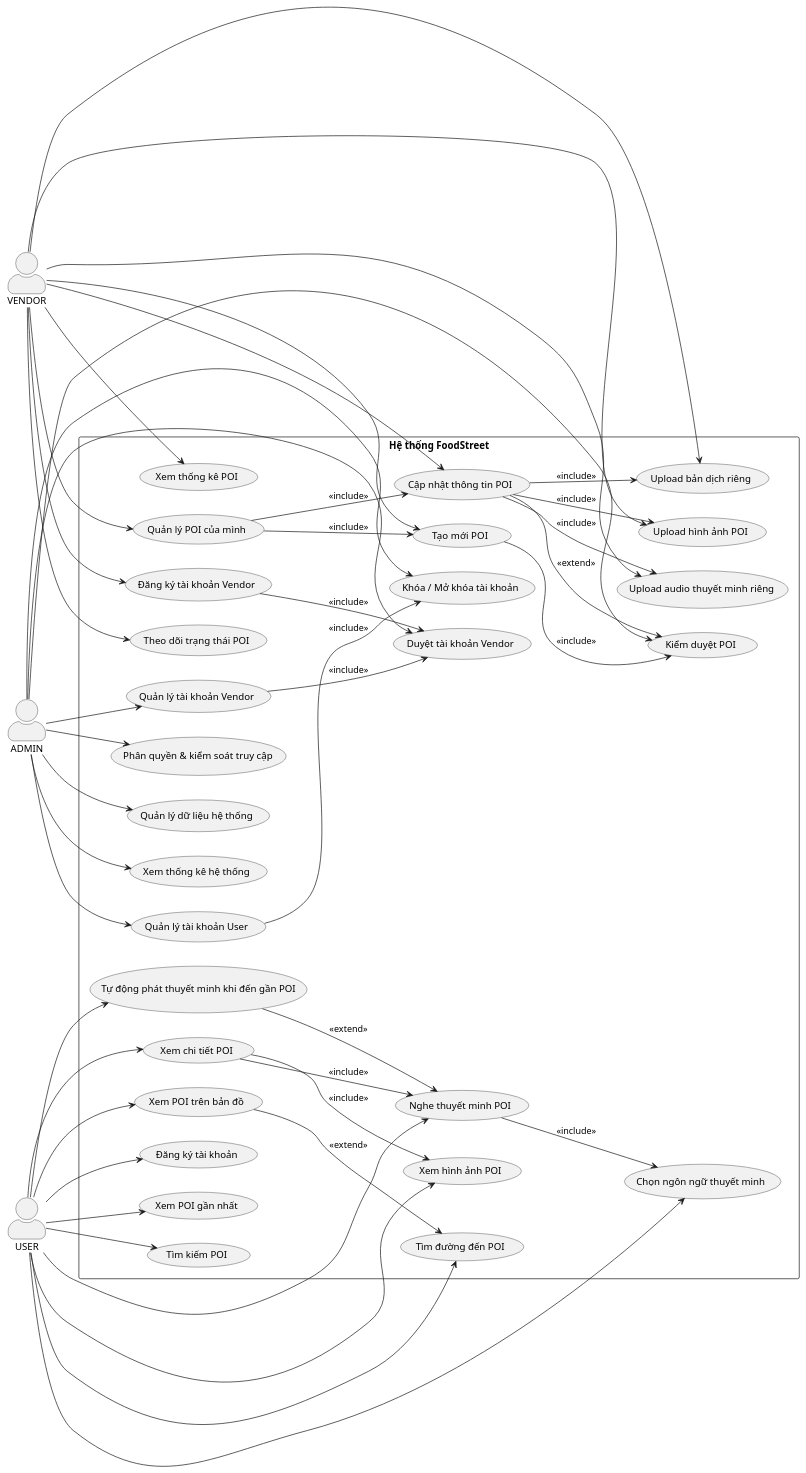
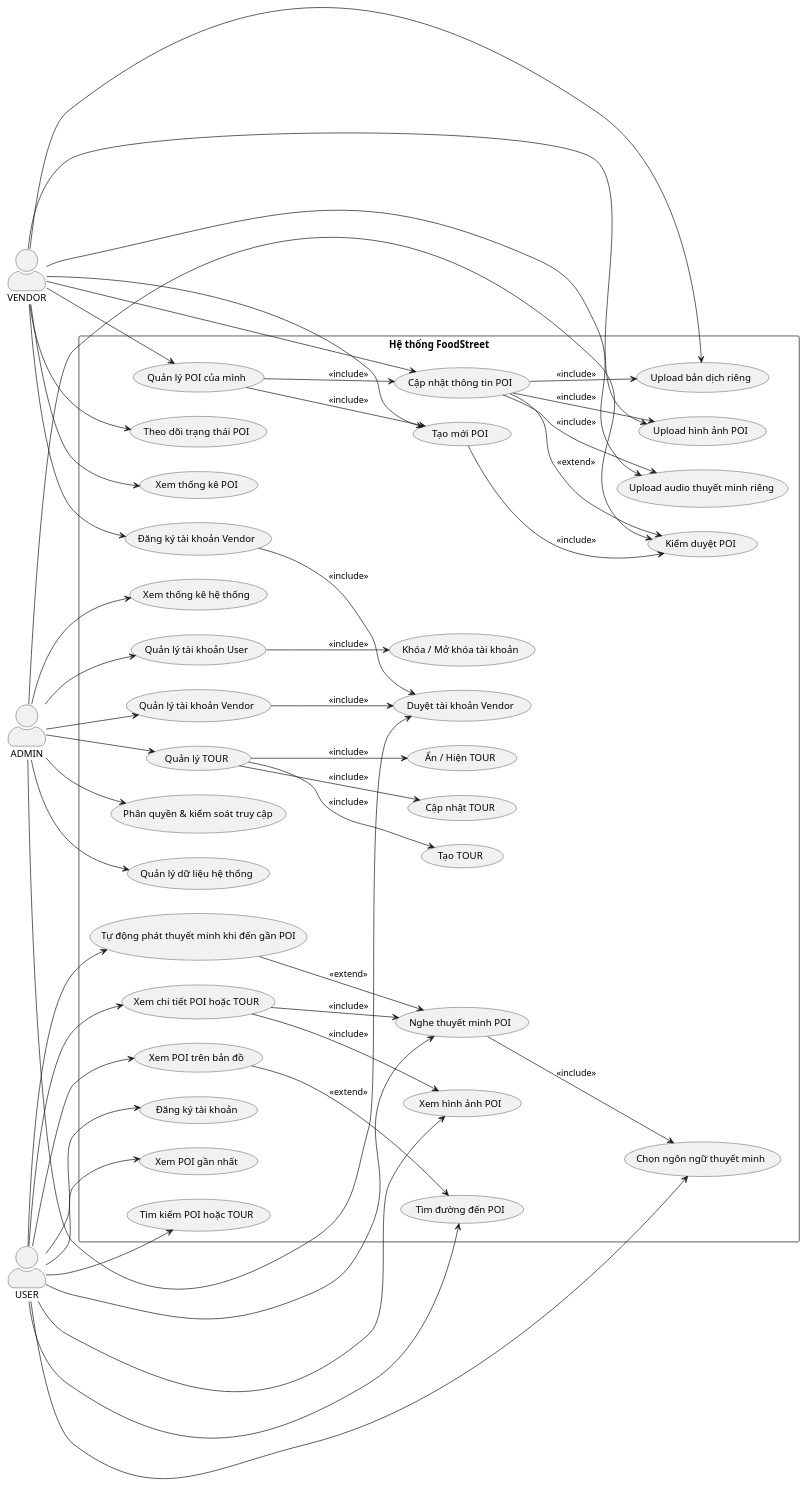
Before and after one commit to Quin19FD/foodstreet-guide-platform: the diagram in UML/LuongUsecaseTongQuat.puml, drawn with PlantUML. The commit also changed 26 other files, not shown here.

```diff
--- a/UML/LuongUsecaseTongQuat.puml
+++ b/UML/LuongUsecaseTongQuat.puml
@@ -1,77 +1,82 @@
 @startuml
 left to right direction
 skinparam packageStyle rectangle
 skinparam actorStyle awesome
 
 actor ADMIN as Admin
 actor VENDOR as Vendor
 actor USER as User
 
 rectangle "Hệ thống FoodStreet" {
 
   ' ================= ĐĂNG KÝ / ĐĂNG NHẬP =================
   User --> (Đăng ký tài khoản)
   Vendor --> (Đăng ký tài khoản Vendor)
 
   Admin --> (Duyệt tài khoản Vendor)
 
   ' ================= ADMIN =================
   Admin --> (Quản lý tài khoản User)
   Admin --> (Quản lý tài khoản Vendor)
-  Admin --> (Khóa / Mở khóa tài khoản)
 
+  Admin --> (Quản lý TOUR)
   Admin --> (Kiểm duyệt POI)
   Admin --> (Phân quyền & kiểm soát truy cập)
   Admin --> (Quản lý dữ liệu hệ thống)
   Admin --> (Xem thống kê hệ thống)
 
   ' ================= VENDOR =================
   Vendor --> (Tạo mới POI)
   Vendor --> (Cập nhật thông tin POI)
   Vendor --> (Quản lý POI của mình)
 
   Vendor --> (Upload hình ảnh POI)
   Vendor --> (Upload bản dịch riêng)
   Vendor --> (Upload audio thuyết minh riêng)
 
   Vendor --> (Theo dõi trạng thái POI)
   Vendor --> (Xem thống kê POI)
 
   ' ================= USER =================
   User --> (Xem POI gần nhất)
-  User --> (Tìm kiếm POI)
-  User --> (Xem chi tiết POI)
+  User --> (Tìm kiếm POI hoặc TOUR)
+  User --> (Xem chi tiết POI hoặc TOUR)
   User --> (Xem hình ảnh POI)
 
   User --> (Xem POI trên bản đồ)
   User --> (Tìm đường đến POI)
 
   User --> (Nghe thuyết minh POI)
   User --> (Chọn ngôn ngữ thuyết minh)
   User --> (Tự động phát thuyết minh khi đến gần POI)
+
+  ' ================= ADMIN - TOUR =================
+  (Quản lý TOUR) --> (Tạo TOUR) : <<include>>
+  (Quản lý TOUR) --> (Cập nhật TOUR) : <<include>>
+  (Quản lý TOUR) --> (Ẩn / Hiện TOUR) : <<include>>
 
   ' ================= INCLUDE / EXTEND =================
   (Đăng ký tài khoản Vendor) --> (Duyệt tài khoản Vendor) : <<include>>
 
   (Quản lý tài khoản Vendor) --> (Duyệt tài khoản Vendor) : <<include>>
   (Quản lý tài khoản User) --> (Khóa / Mở khóa tài khoản) : <<include>>
 
   (Quản lý POI của mình) --> (Tạo mới POI) : <<include>>
   (Quản lý POI của mình) --> (Cập nhật thông tin POI) : <<include>>
 
   (Tạo mới POI) --> (Kiểm duyệt POI) : <<include>>
   (Cập nhật thông tin POI) --> (Kiểm duyệt POI) : <<extend>>
 
   (Cập nhật thông tin POI) --> (Upload hình ảnh POI) : <<include>>
   (Cập nhật thông tin POI) --> (Upload bản dịch riêng) : <<include>>
   (Cập nhật thông tin POI) --> (Upload audio thuyết minh riêng) : <<include>>
 
-  (Xem chi tiết POI) --> (Xem hình ảnh POI) : <<include>>
-  (Xem chi tiết POI) --> (Nghe thuyết minh POI) : <<include>>
+  (Xem chi tiết POI hoặc TOUR) --> (Xem hình ảnh POI) : <<include>>
+  (Xem chi tiết POI hoặc TOUR) --> (Nghe thuyết minh POI) : <<include>>
 
   (Nghe thuyết minh POI) --> (Chọn ngôn ngữ thuyết minh) : <<include>>
   (Tự động phát thuyết minh khi đến gần POI) --> (Nghe thuyết minh POI) : <<extend>>
   (Xem POI trên bản đồ) --> (Tìm đường đến POI) : <<extend>>
 }
 
 @enduml
```
